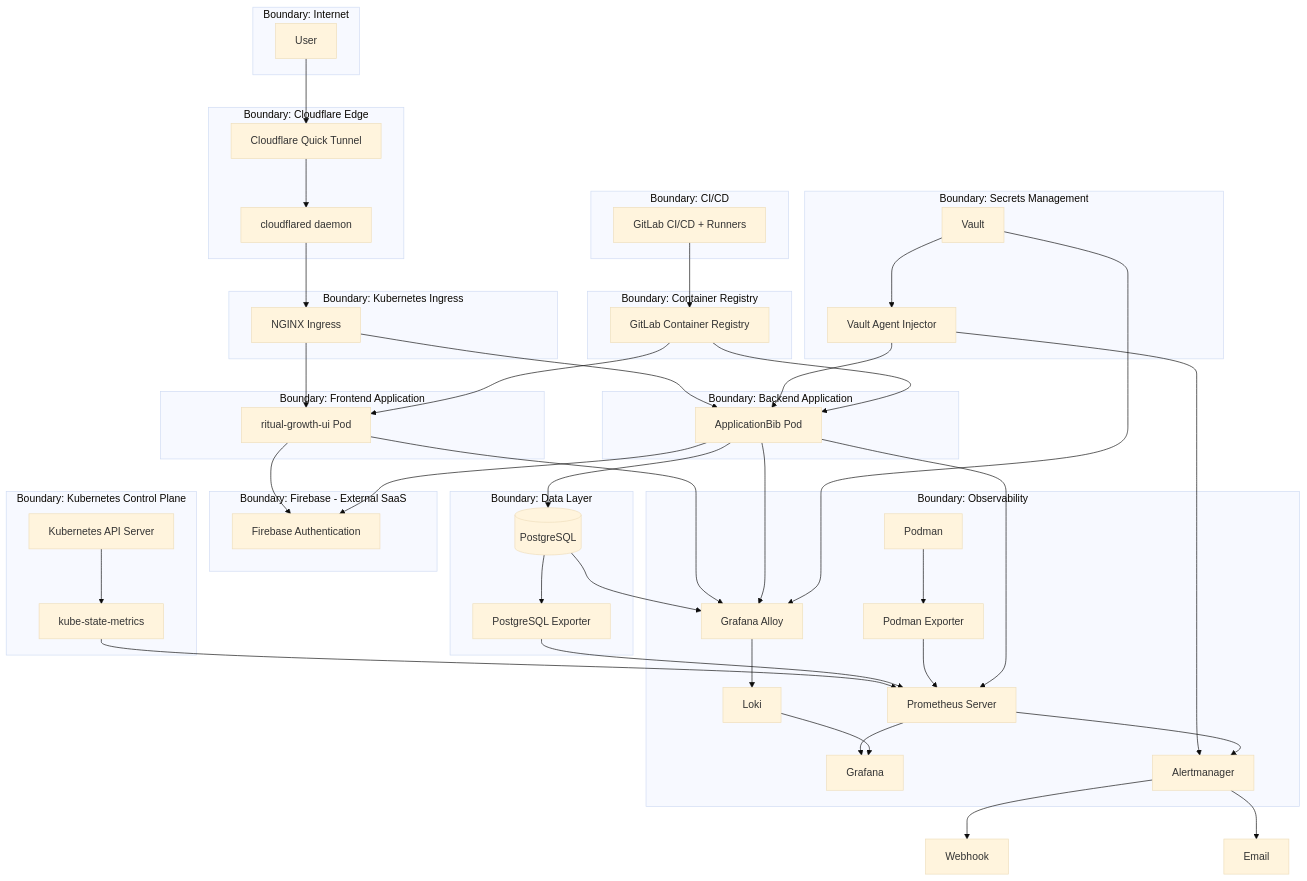
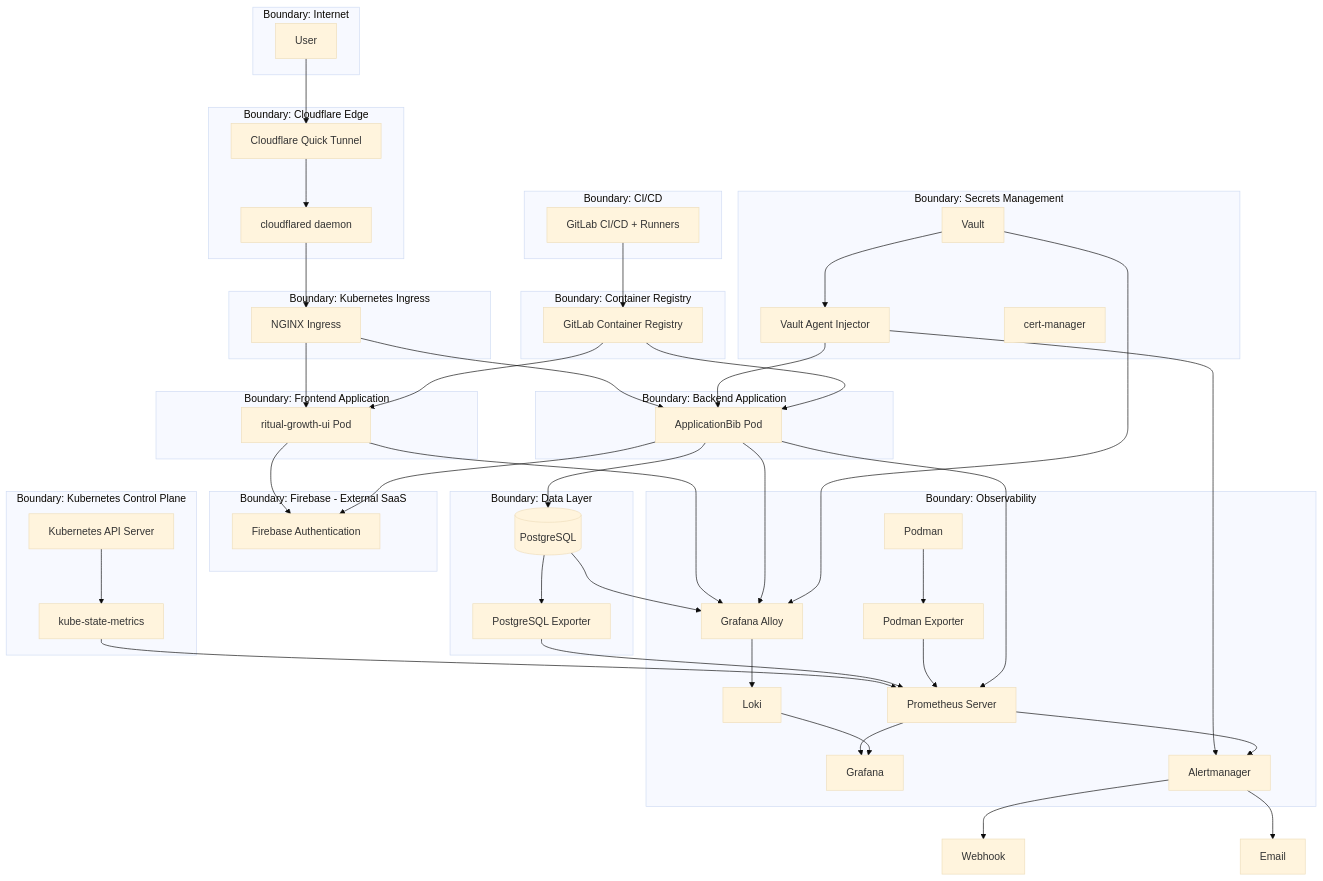
One commit to chaos-MK/ApplicationBib changed the ninth of 9 diagrams in docs/threat-model/threat-model.md. Above: the diagram before and after it, drawn with Mermaid (base theme). The commit also changed other lines of this file, not shown here.

Commit message:
docs(architecture): add cert-manager to vault injector architecture

```diff
--- a/docs/threat-model/threat-model.md
+++ b/docs/threat-model/threat-model.md
@@ -736,6 +766,7 @@
     subgraph B8[Boundary: Secrets Management]
         VLT[Vault]
         VAI[Vault Agent Injector]
+        CM3[cert-manager]
     end
 
     subgraph B9[Boundary: Kubernetes Control Plane]
```
